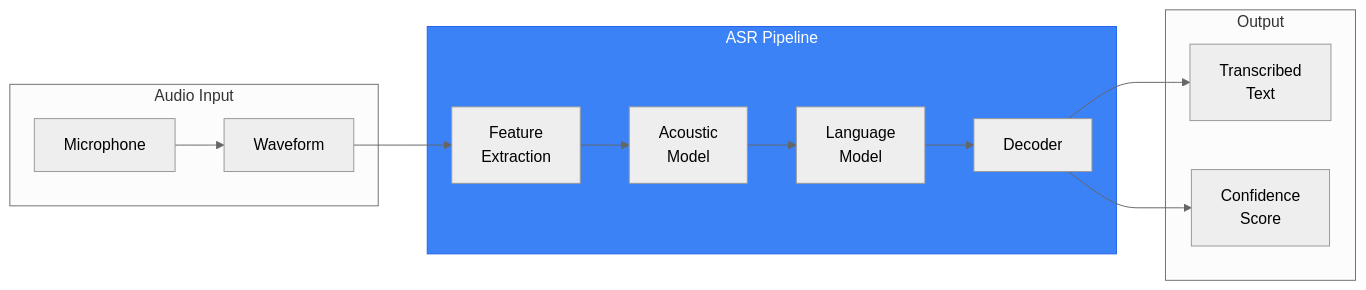
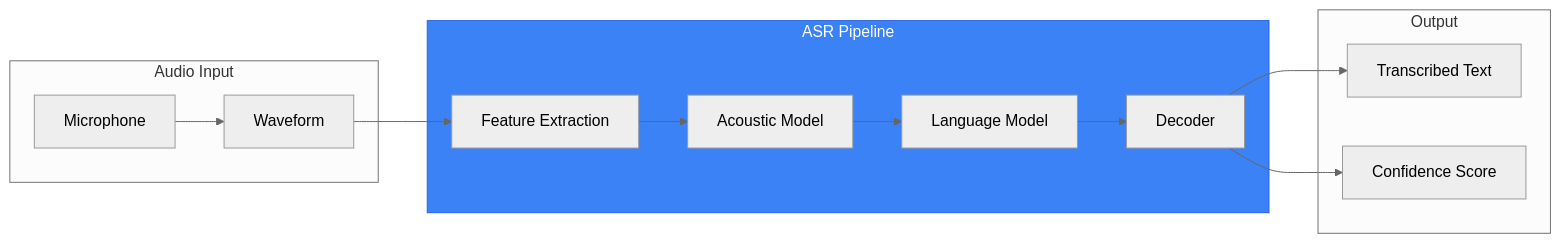
One commit to shakir-hussain1/physical-AI-and-humanoid-robotics-textbook-by-shakir-hussain changed the first of 5 diagrams in docs/modules/module-4-vla/chapter-14-speech.md. Above: the diagram before and after it, drawn with Mermaid (neutral theme). The commit also changed other lines of this file and 17 other files, not shown here.

Commit message:
fix: Remove br tags from Mermaid diagrams causing parse errors

````diff
--- a/docs/modules/module-4-vla/chapter-14-speech.md
+++ b/docs/modules/module-4-vla/chapter-14-speech.md
@@ -33,29 +33,29 @@
 ```mermaid
 flowchart LR
     subgraph Input["Audio Input"]
         MIC[Microphone]
         WAVE[Waveform]
     end
 
     subgraph ASR["ASR Pipeline"]
-        FEAT[Feature<br/>Extraction]
-        AM[Acoustic<br/>Model]
-        LM[Language<br/>Model]
+        FEAT[Feature Extraction]
+        AM[Acoustic Model]
+        LM[Language Model]
         DEC[Decoder]
     end
 
     subgraph Output["Output"]
-        TEXT[Transcribed<br/>Text]
-        CONF[Confidence<br/>Score]
+        TEXT[Transcribed Text]
+        CONF[Confidence Score]
     end
 
     MIC --> WAVE
     WAVE --> FEAT
     FEAT --> AM
     AM --> LM
     LM --> DEC
     DEC --> TEXT
     DEC --> CONF
 
     style ASR fill:#3b82f6,stroke:#2563eb,color:#fff
 ```
````
